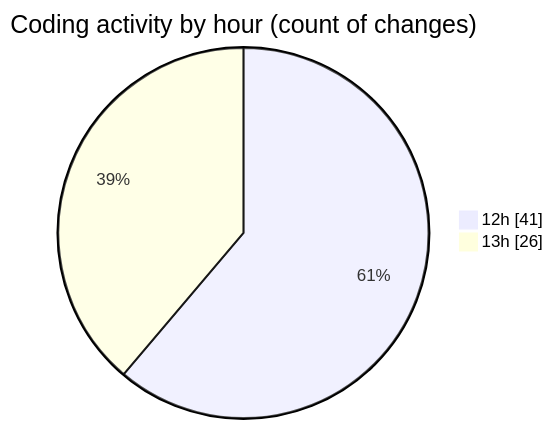
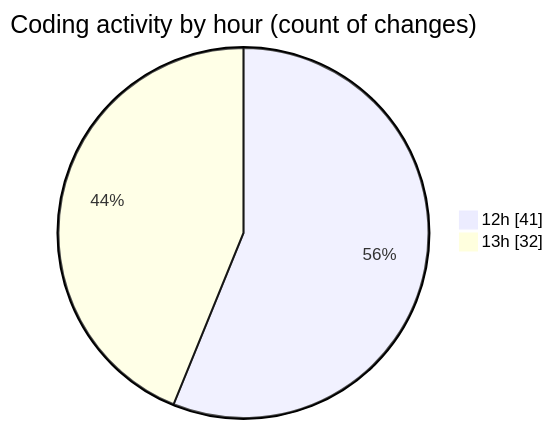
One commit to momahboobian/code-tracking changed the second of 2 diagrams in 2025-12-02/cda/README.md. Above: the diagram before and after it, drawn with Mermaid. The commit also changed other lines of this file and 1 other file, not shown here.

````diff
--- a/2025-12-02/cda/README.md
+++ b/2025-12-02/cda/README.md
@@ -32,6 +32,6 @@
 ```mermaid
 pie showData
 title Coding activity by hour (count of changes)
 "12h" : 41
-"13h" : 26
+"13h" : 32
 ```
````
